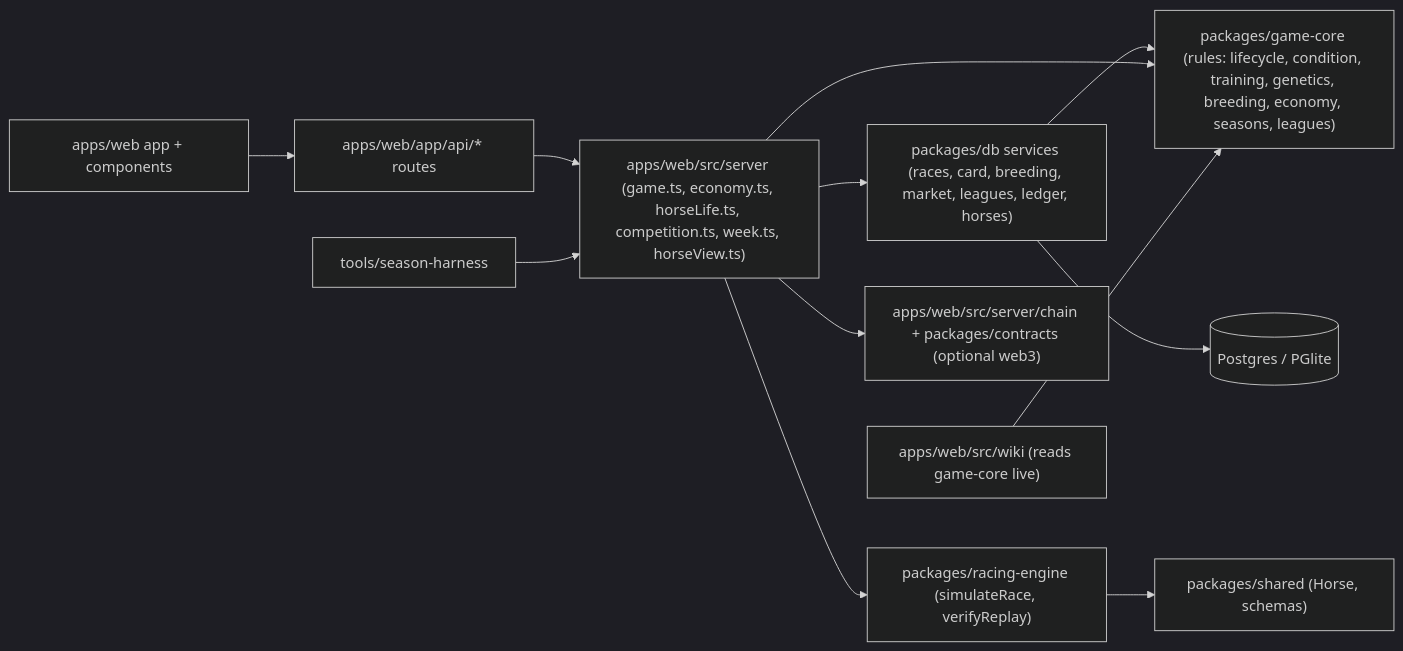
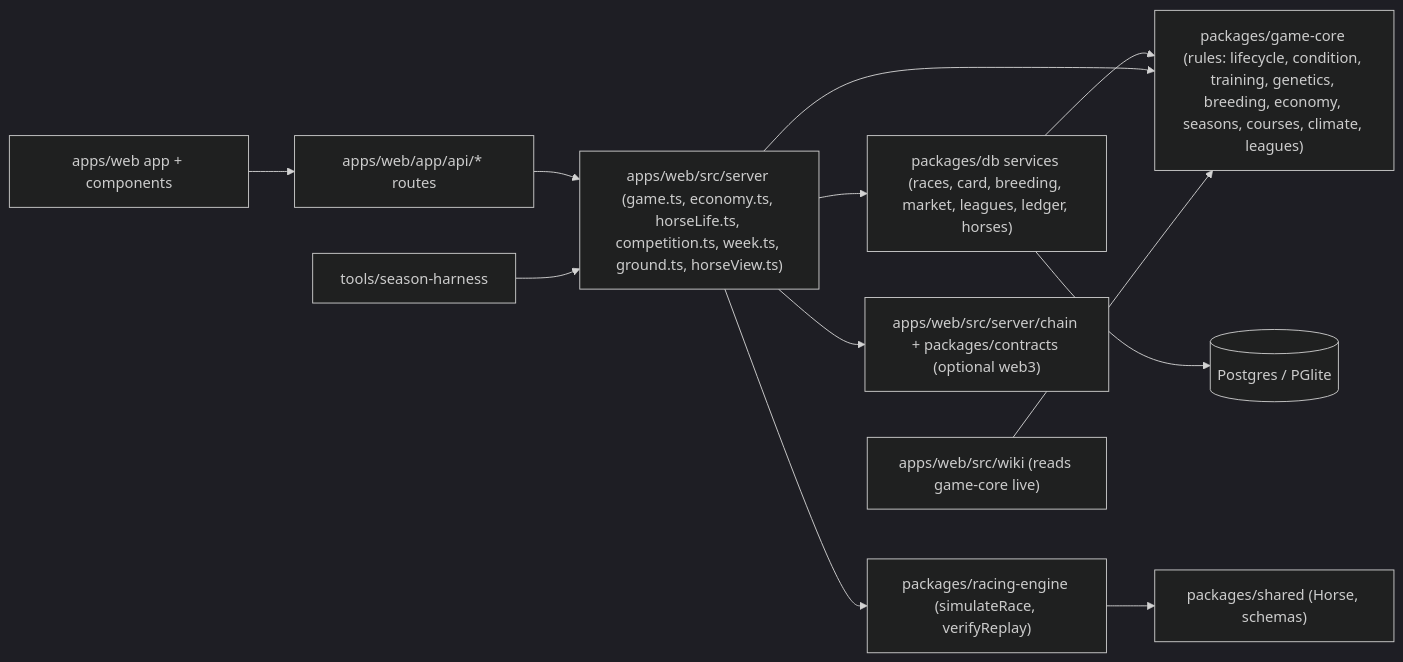
One commit to stephenclawdbot-png/ranch-game changed the sixth of 7 diagrams in docs/foundation/GAME-SYSTEMS.md. Above: the diagram before and after it, drawn with Mermaid (dark theme). The commit also changed other lines of this file and 10 other files, not shown here.

First line of the commit message:
Wiki: Weather & going; KNOBS and GAME-SYSTEMS for the climate

````diff
--- a/docs/foundation/GAME-SYSTEMS.md
+++ b/docs/foundation/GAME-SYSTEMS.md
@@ -224,14 +237,14 @@
 ```mermaid
 flowchart LR
   ui["apps/web app + components"] --> api["apps/web/app/api/* routes"]
-  api --> server["apps/web/src/server (game.ts, economy.ts, horseLife.ts, competition.ts, week.ts, horseView.ts)"]
+  api --> server["apps/web/src/server (game.ts, economy.ts, horseLife.ts, competition.ts, week.ts, ground.ts, horseView.ts)"]
   server --> db["packages/db services (races, card, breeding, market, leagues, ledger, horses)"]
   server --> engine["packages/racing-engine (simulateRace, verifyReplay)"]
-  db --> core["packages/game-core (rules: lifecycle, condition, training, genetics, breeding, economy, seasons, leagues)"]
+  db --> core["packages/game-core (rules: lifecycle, condition, training, genetics, breeding, economy, seasons, courses, climate, leagues)"]
   server --> core
   engine --> shared["packages/shared (Horse, schemas)"]
   db --> pg[("Postgres / PGlite")]
   server --> chain["apps/web/src/server/chain + packages/contracts (optional web3)"]
   wiki["apps/web/src/wiki (reads game-core live)"] --> core
   harness["tools/season-harness"] --> server
 ```
````
